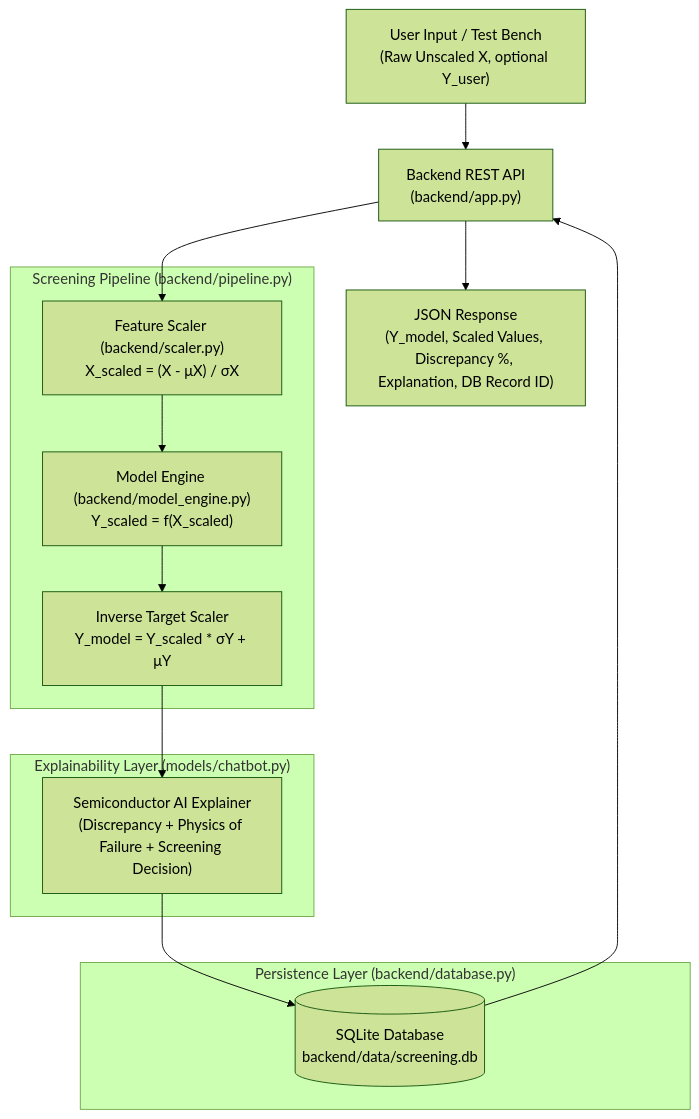
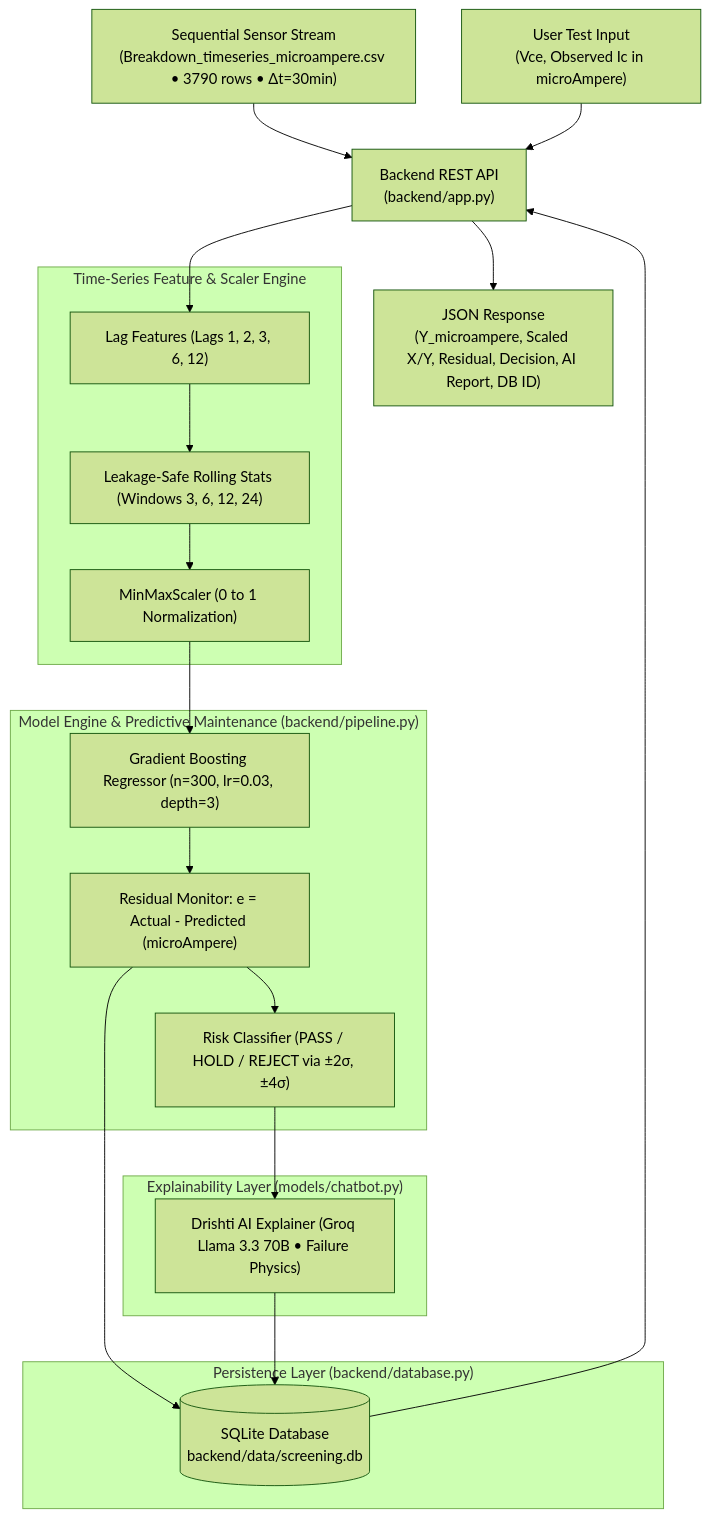
The diagram in backend/README.md (samarthhhb/drishti_sih2026), drawn with Mermaid (forest theme) before and after one commit. The commit also changed other lines of this file and 32 other files, not shown here.

````diff
--- a/backend/README.md
+++ b/backend/README.md
@@ -18,26 +17,32 @@
 ```mermaid
 flowchart TD
-    User["User Input / Test Bench\n(Raw Unscaled X, optional Y_user)"] --> App["Backend REST API\n(backend/app.py)"]
-    
-    subgraph CorePipeline ["Screening Pipeline (backend/pipeline.py)"]
-        Scaler["Feature Scaler (backend/scaler.py)\nX_scaled = (X - μX) / σX"]
-        Model["Model Engine (backend/model_engine.py)\nY_scaled = f(X_scaled)"]
-        Unscaler["Inverse Target Scaler\nY_model = Y_scaled * σY + μY"]
+    SensorStream["Sequential Sensor Stream\n(Breakdown_timeseries_microampere.csv • 3790 rows • Δt=30min)"] --> App["Backend REST API\n(backend/app.py)"]
+    UserInput["User Test Input\n(Vce, Observed Ic in microAmpere)"] --> App
+
+    subgraph TimeSeriesModule ["Time-Series Feature & Scaler Engine"]
+        Lags["Lag Features (Lags 1, 2, 3, 6, 12)"]
+        Rolling["Leakage-Safe Rolling Stats (Windows 3, 6, 12, 24)"]
+        Scaler["MinMaxScaler (0 to 1 Normalization)"]
     end
-    
+
+    subgraph CorePipeline ["Model Engine & Predictive Maintenance (backend/pipeline.py)"]
+        GBR["Gradient Boosting Regressor (n=300, lr=0.03, depth=3)"]
+        Residual["Residual Monitor: e = Actual - Predicted (microAmpere)"]
+        Classifier["Risk Classifier (PASS / HOLD / REJECT via ±2σ, ±4σ)"]
+    end
+
     subgraph AIExplainer ["Explainability Layer (models/chatbot.py)"]
-        Bot["Semiconductor AI Explainer\n(Discrepancy + Physics of Failure + Screening Decision)"]
+        Bot["Drishti AI Explainer (Groq Llama 3.3 70B • Failure Physics)"]
     end
-    
+
     subgraph Persistence ["Persistence Layer (backend/database.py)"]
         DB[(SQLite Database\nbackend/data/screening.db)]
     end
 
-    App --> Scaler
-    Scaler --> Model
-    Model --> Unscaler
-    Unscaler --> Bot
+    App --> Lags --> Rolling --> Scaler --> GBR --> Residual --> Classifier
+    Classifier --> Bot
+    Residual --> DB
     Bot --> DB
     DB --> App
-    App --> Response["JSON Response\n(Y_model, Scaled Values, Discrepancy %, Explanation, DB Record ID)"]
+    App --> Response["JSON Response\n(Y_microampere, Scaled X/Y, Residual, Decision, AI Report, DB ID)"]
 ```
````
